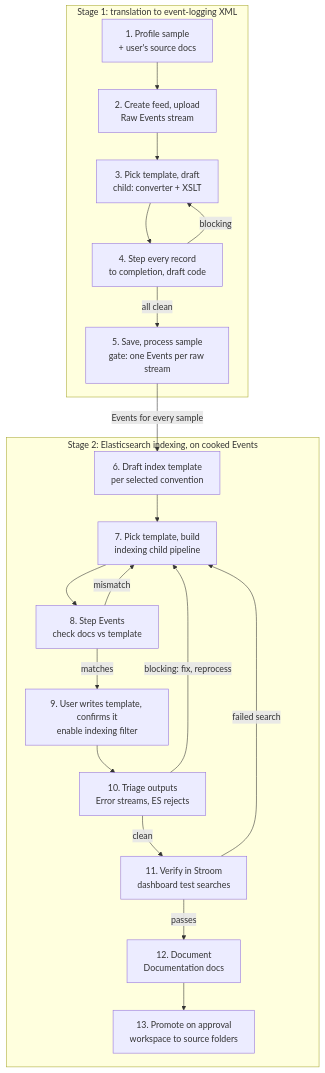
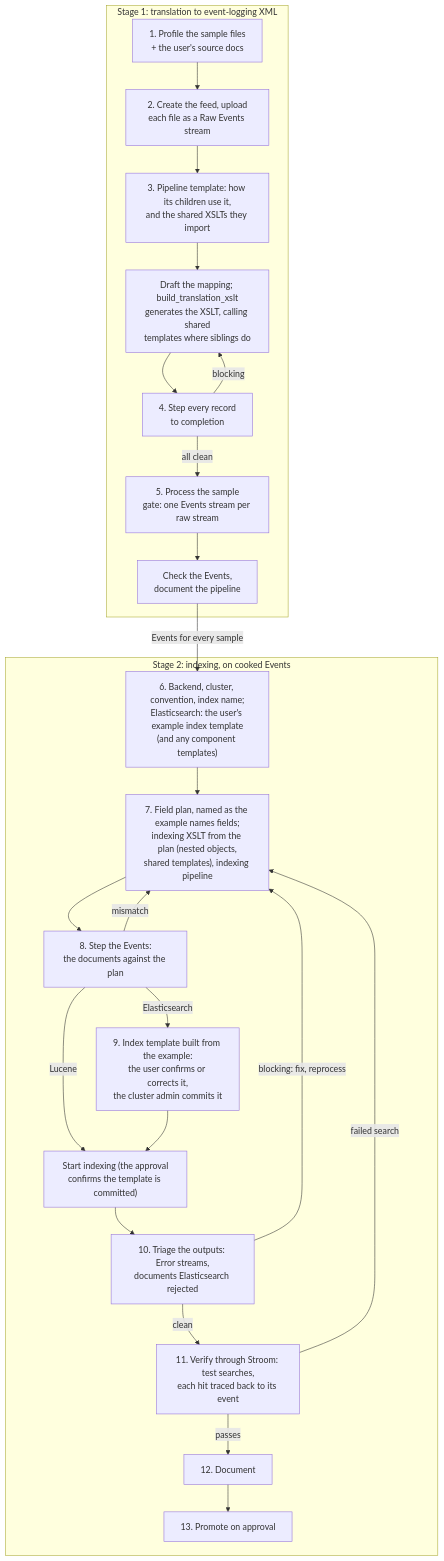
The second of 11 diagrams in docs/DESIGN.md (gradata-systems/stroom-fastmcp-server), drawn with Mermaid before and after one commit. The commit also changed other lines of this file and 47 other files, not shown here.

````diff
--- a/docs/DESIGN.md
+++ b/docs/DESIGN.md
@@ -30,23 +74,27 @@
 ```mermaid
 flowchart TD
-    subgraph S1[Stage 1: translation to event-logging XML]
-        A[1. Profile sample<br/>+ user's source docs] --> B[2. Create feed, upload<br/>Raw Events stream]
-        B --> C[3. Pick template, draft<br/>child: converter + XSLT]
-        C --> D[4. Step every record<br/>to completion, draft code]
-        D -- blocking --> C
-        D -- all clean --> E[5. Save, process sample<br/>gate: one Events per raw stream]
+    subgraph S1["Stage 1: translation to event-logging XML"]
+        A["1. Profile the sample files<br/>+ the user's source docs"] --> B["2. Create the feed, upload<br/>each file as a Raw Events stream"]
+        B --> C["3. Pipeline template: how its children use it,<br/>and the shared XSLTs they import"]
+        C --> C2["Draft the mapping; build_translation_xslt<br/>generates the XSLT, calling shared<br/>templates where siblings do"]
+        C2 --> D["4. Step every record<br/>to completion"]
+        D -- "blocking" --> C2
+        D -- "all clean" --> E["5. Process the sample<br/>gate: one Events stream per raw stream"]
+        E --> E2["Check the Events,<br/>document the pipeline"]
     end
-    subgraph S2[Stage 2: Elasticsearch indexing, on cooked Events]
-        F[6. Draft index template<br/>per selected convention] --> G[7. Pick template, build<br/>indexing child pipeline]
-        G --> H[8. Step Events<br/>check docs vs template]
-        H -- mismatch --> G
-        H -- matches --> I[9. User writes template, confirms it<br/>enable indexing filter]
-        I --> J[10. Triage outputs<br/>Error streams, ES rejects]
-        J -- blocking: fix, reprocess --> G
-        J -- clean --> K[11. Verify in Stroom<br/>dashboard test searches]
-        K -- passes --> L[12. Document<br/>Documentation docs]
-        L --> M[13. Promote on approval<br/>workspace to source folders]
-        K -- failed search --> G
+    subgraph S2["Stage 2: indexing, on cooked Events"]
+        F["6. Backend, cluster, convention, index name;<br/>Elasticsearch: the user's example index template<br/>(and any component templates)"] --> G["7. Field plan, named as the example names fields;<br/>indexing XSLT from the plan (nested objects,<br/>shared templates), indexing pipeline"]
+        G --> H["8. Step the Events:<br/>the documents against the plan"]
+        H -- "mismatch" --> G
+        H -- "Elasticsearch" --> T["9. Index template built from the example:<br/>the user confirms or corrects it,<br/>the cluster admin commits it"]
+        H -- "Lucene" --> P
+        T --> P["Start indexing (the approval<br/>confirms the template is committed)"]
+        P --> J["10. Triage the outputs: Error streams,<br/>documents Elasticsearch rejected"]
+        J -- "blocking: fix, reprocess" --> G
+        J -- "clean" --> K["11. Verify through Stroom: test searches,<br/>each hit traced back to its event"]
+        K -- "failed search" --> G
+        K -- "passes" --> L["12. Document"]
+        L --> M["13. Promote on approval"]
     end
-    E -- Events for every sample --> F
+    E2 -- "Events for every sample" --> F
 ```
````
